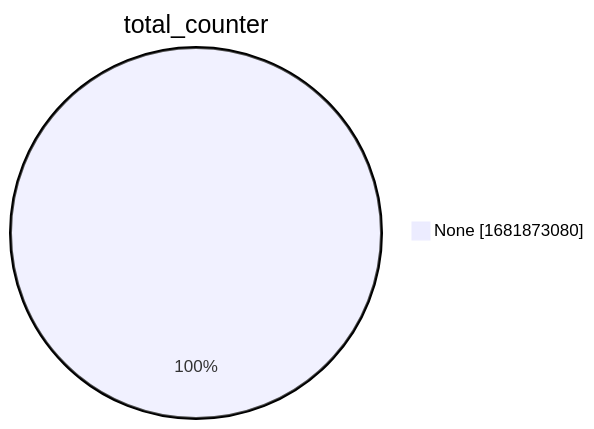
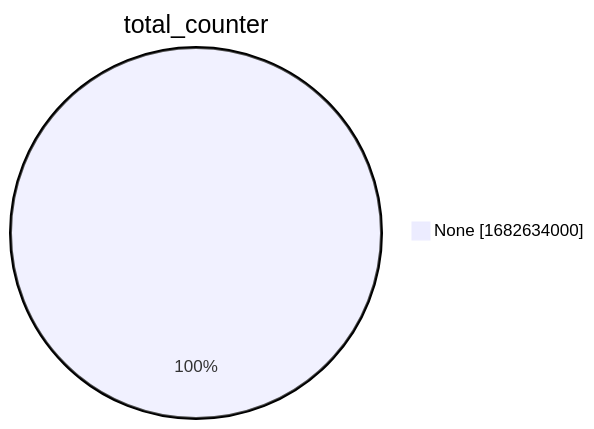
Before and after one commit to christiankrug/ctmonitor_visualization: the second of 15 diagrams in xenon2022/README.md, drawn with Mermaid. The commit also changed other lines of this file, not shown here.

````diff
--- a/xenon2022/README.md
+++ b/xenon2022/README.md
@@ -9,5 +9,5 @@
 ```mermaid
 pie showData
 title total_counter
-"None" :1681873080
+"None" :1682634000
 ```
````
